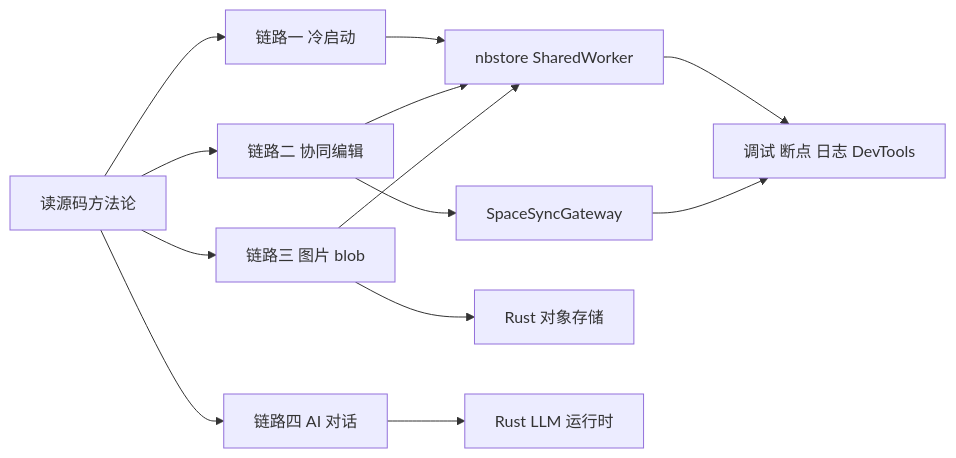
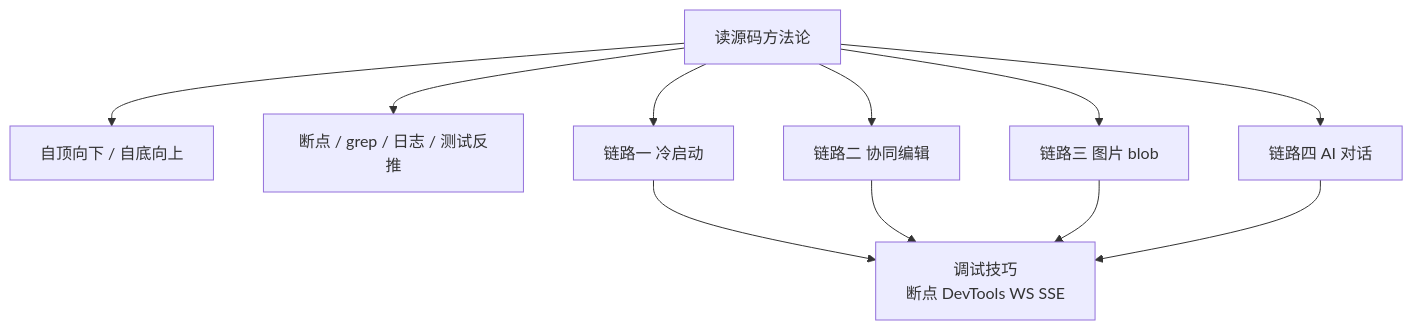
The first of 6 diagrams in learning-guide/slides/decks/29.md (lfire/AFFiNE), drawn with Mermaid before and after one commit. The commit also changed other lines of this file and 46 other files, not shown here.

````diff
--- a/learning-guide/slides/decks/29.md
+++ b/learning-guide/slides/decks/29.md
@@ -43,15 +34,13 @@
 ```mermaid
-flowchart LR
-  M[读源码方法论] --> L1[链路一 冷启动]
-  M --> L2[链路二 协同编辑]
-  M --> L3[链路三 图片 blob]
-  M --> L4[链路四 AI 对话]
-  L1 --> W[nbstore SharedWorker]
-  L2 --> W
-  L3 --> W
-  L2 --> GW[SpaceSyncGateway]
-  L3 --> RS[Rust 对象存储]
-  L4 --> RL[Rust LLM 运行时]
-  W --> T[调试 断点 日志 DevTools]
-  GW --> T
+flowchart TB
+  M["读源码方法论"] --> M1["自顶向下 / 自底向上"]
+  M --> M2["断点 / grep / 日志 / 测试反推"]
+  M --> L1["链路一 冷启动"]
+  M --> L2["链路二 协同编辑"]
+  M --> L3["链路三 图片 blob"]
+  M --> L4["链路四 AI 对话"]
+  L1 --> T["调试技巧<br/>断点 DevTools WS SSE"]
+  L2 --> T
+  L3 --> T
+  L4 --> T
 ```
````
